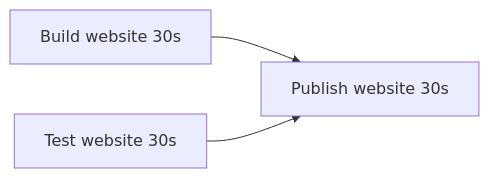
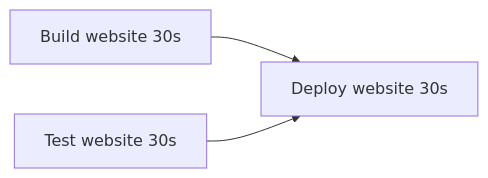
Before and after one commit to samsmithnz/ParallelPipelinesDemo: the second of 4 diagrams in README.md, drawn with Mermaid. The commit also changed other lines of this file, not shown here.

````diff
--- a/README.md
+++ b/README.md
@@ -11,5 +11,5 @@
 ```mermaid
   graph LR;
-      buildAll[Build website 30s]-->publishAll[Publish website 30s];
-      testAll[Test website 30s]-->publishAll[Publish website 30s];
+      buildAll[Build website 30s]-->deployAll[Deploy website 30s];
+      testAll[Test website 30s]-->deployAll[Deploy website 30s];
 ```
````
